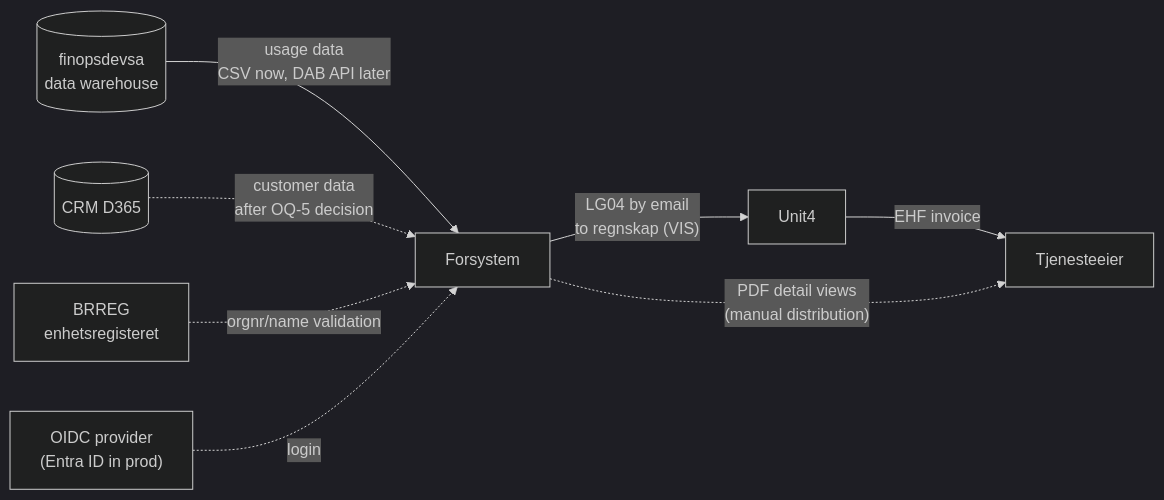
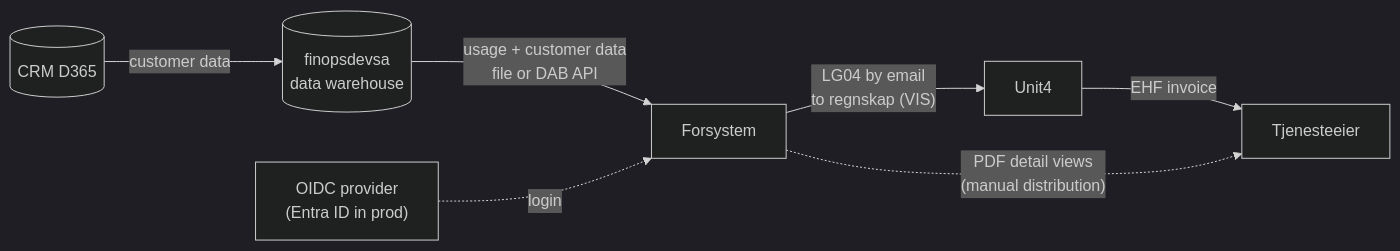
One commit to Altinn/pre-invoice-system changed the first of 2 diagrams in docs/02-architecture.md. Above: the diagram before and after it, drawn with Mermaid (dark theme). The commit also changed other lines of this file and 121 other files, not shown here.

First line of the commit message:
feat!: remove the customer registry, customer data comes from CRM via the DWH (specs/018) (#57)

````diff
--- a/docs/02-architecture.md
+++ b/docs/02-architecture.md
@@ -5,10 +5,9 @@
 ```mermaid
 flowchart LR
-    DW[("finopsdevsa<br/>data warehouse")] -->|"usage data<br/>CSV now, DAB API later"| FS["Forsystem"]
-    CRM[("CRM D365")] -.->|"customer data<br/>after OQ-5 decision"| FS
-    BR["BRREG<br/>enhetsregisteret"] -.->|"orgnr/name validation"| FS
+    CRM[("CRM D365")] -->|"customer data"| DW
+    DW[("finopsdevsa<br/>data warehouse")] -->|"usage + customer data<br/>file or DAB API"| FS["Forsystem"]
     FS -->|"LG04 by email<br/>to regnskap (VIS)"| U4["Unit4"]
     U4 -->|"EHF invoice"| TE["Tjenesteeier"]
     FS -.->|"PDF detail views<br/>(manual distribution)"| TE
     OIDC["OIDC provider<br/>(Entra ID in prod)"] -.->|"login"| FS
 ```
````
